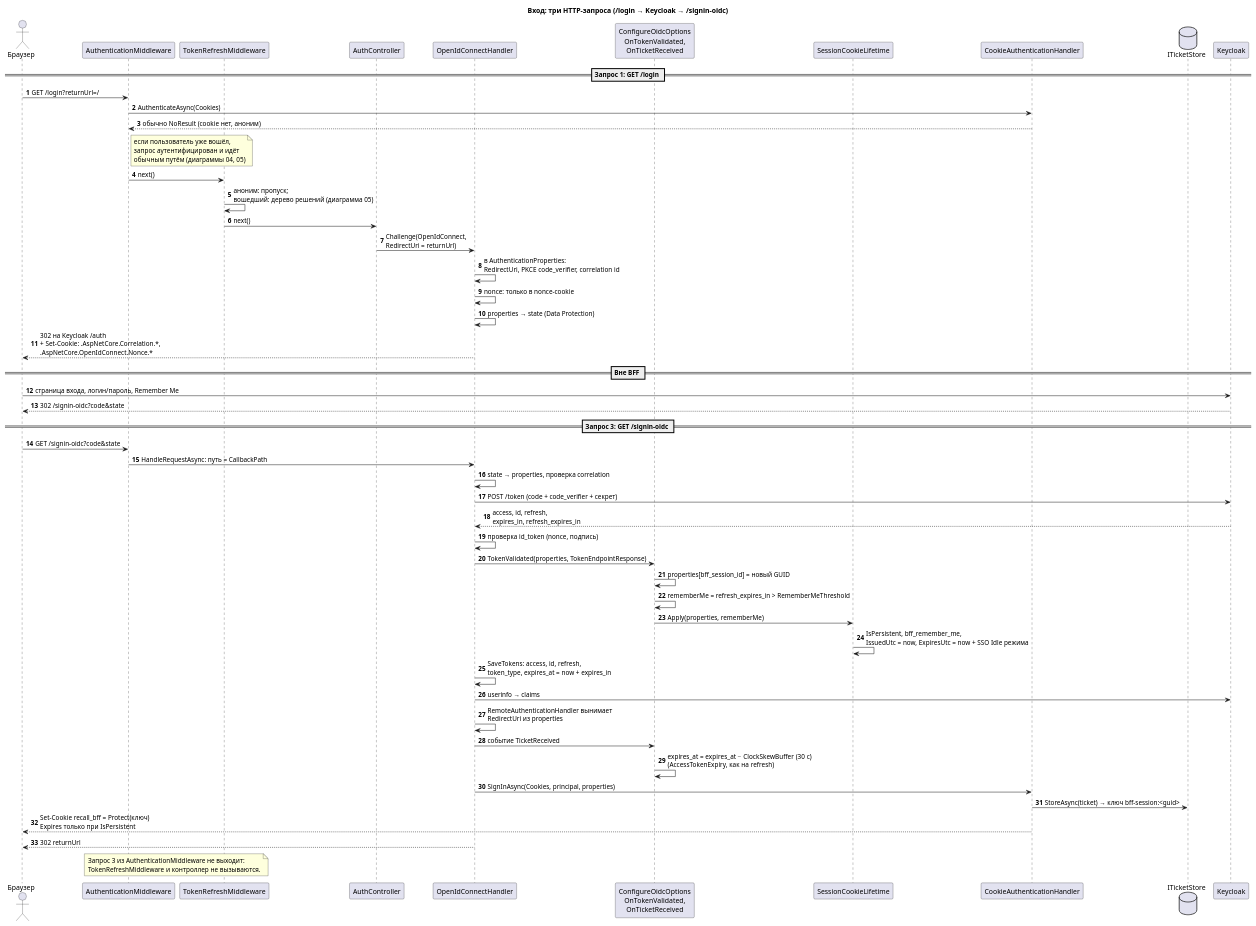
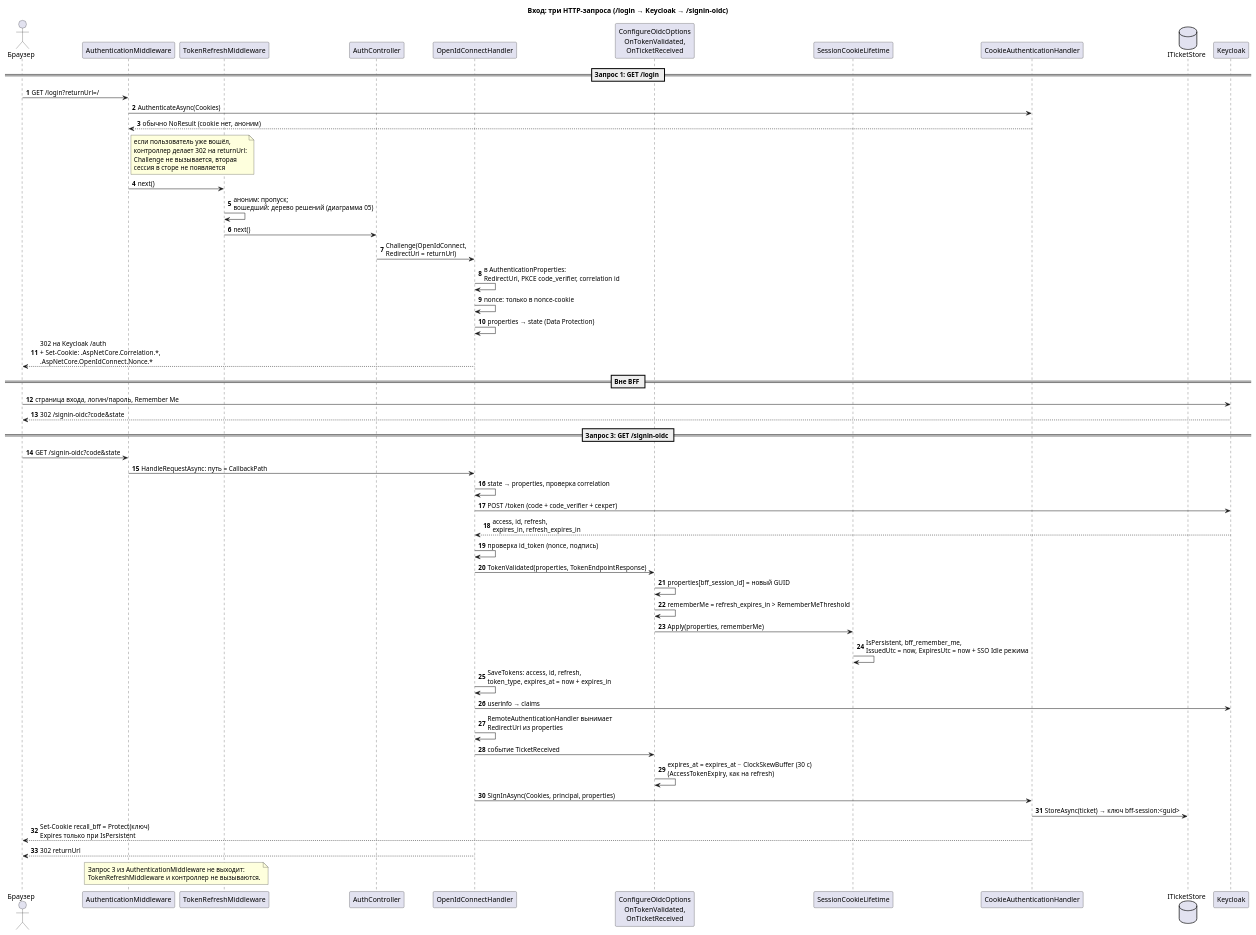
Before and after one commit to itacademy-edms-team/24_3_DNDE: the diagram in RecallApp/docs/diagrams/bff-session - 02 вход.puml, drawn with PlantUML. The commit also changed 3 other files, not shown here.

Commit message:
docs(bff): update diagrams up to docs state

```diff
--- a/RecallApp/docs/diagrams/bff-session - 02 вход.puml
+++ b/RecallApp/docs/diagrams/bff-session - 02 вход.puml
@@ -1,59 +1,59 @@
 @startuml bff-session-02-вход
 title Вход: три HTTP-запроса (/login → Keycloak → /signin-oidc)
 
 skinparam shadowing false
 autonumber
 
 actor "Браузер" as B
 participant "AuthenticationMiddleware" as AM
 participant "TokenRefreshMiddleware" as TR
 participant "AuthController" as C
 participant "OpenIdConnectHandler" as O
 participant "ConfigureOidcOptions\nOnTokenValidated,\nOnTicketReceived" as E
 participant "SessionCookieLifetime" as L
 participant "CookieAuthenticationHandler" as CH
 database "ITicketStore" as S
 participant "Keycloak" as K
 
 == Запрос 1: GET /login ==
 B -> AM : GET /login?returnUrl=/
 AM -> CH : AuthenticateAsync(Cookies)
 CH --> AM : обычно NoResult (cookie нет, аноним)
-note right of AM : если пользователь уже вошёл,\nзапрос аутентифицирован и идёт\nобычным путём (диаграммы 04, 05)
+note right of AM : если пользователь уже вошёл,\nконтроллер делает 302 на returnUrl:\nChallenge не вызывается, вторая\nсессия в сторе не появляется
 AM -> TR : next()
 TR -> TR : аноним: пропуск;\nвошедший: дерево решений (диаграмма 05)
 TR -> C : next()
 C -> O : Challenge(OpenIdConnect,\nRedirectUri = returnUrl)
 O -> O : в AuthenticationProperties:\nRedirectUri, PKCE code_verifier, correlation id
 O -> O : nonce: только в nonce-cookie
 O -> O : properties → state (Data Protection)
 O --> B : 302 на Keycloak /auth\n+ Set-Cookie: .AspNetCore.Correlation.*,\n.AspNetCore.OpenIdConnect.Nonce.*
 
 == Вне BFF ==
 B -> K : страница входа, логин/пароль, Remember Me
 K --> B : 302 /signin-oidc?code&state
 
 == Запрос 3: GET /signin-oidc ==
 B -> AM : GET /signin-oidc?code&state
 AM -> O : HandleRequestAsync: путь = CallbackPath
 O -> O : state → properties, проверка correlation
 O -> K : POST /token (code + code_verifier + секрет)
 K --> O : access, id, refresh,\nexpires_in, refresh_expires_in
 O -> O : проверка id_token (nonce, подпись)
 O -> E : TokenValidated(properties, TokenEndpointResponse)
 E -> E : properties[bff_session_id] = новый GUID
 E -> E : rememberMe = refresh_expires_in > RememberMeThreshold
 E -> L : Apply(properties, rememberMe)
 L -> L : IsPersistent, bff_remember_me,\nIssuedUtc = now, ExpiresUtc = now + SSO Idle режима
 O -> O : SaveTokens: access, id, refresh,\ntoken_type, expires_at = now + expires_in
 O -> K : userinfo → claims
 O -> O : RemoteAuthenticationHandler вынимает\nRedirectUri из properties
 O -> E : событие TicketReceived
 E -> E : expires_at = expires_at − ClockSkewBuffer (30 с)\n(AccessTokenExpiry, как на refresh)
 O -> CH : SignInAsync(Cookies, principal, properties)
 CH -> S : StoreAsync(ticket) → ключ bff-session:<guid>
 CH --> B : Set-Cookie recall_bff = Protect(ключ)\nExpires только при IsPersistent
 O --> B : 302 returnUrl
 note over AM, TR : Запрос 3 из AuthenticationMiddleware не выходит:\nTokenRefreshMiddleware и контроллер не вызываются.
 
 @enduml
```
